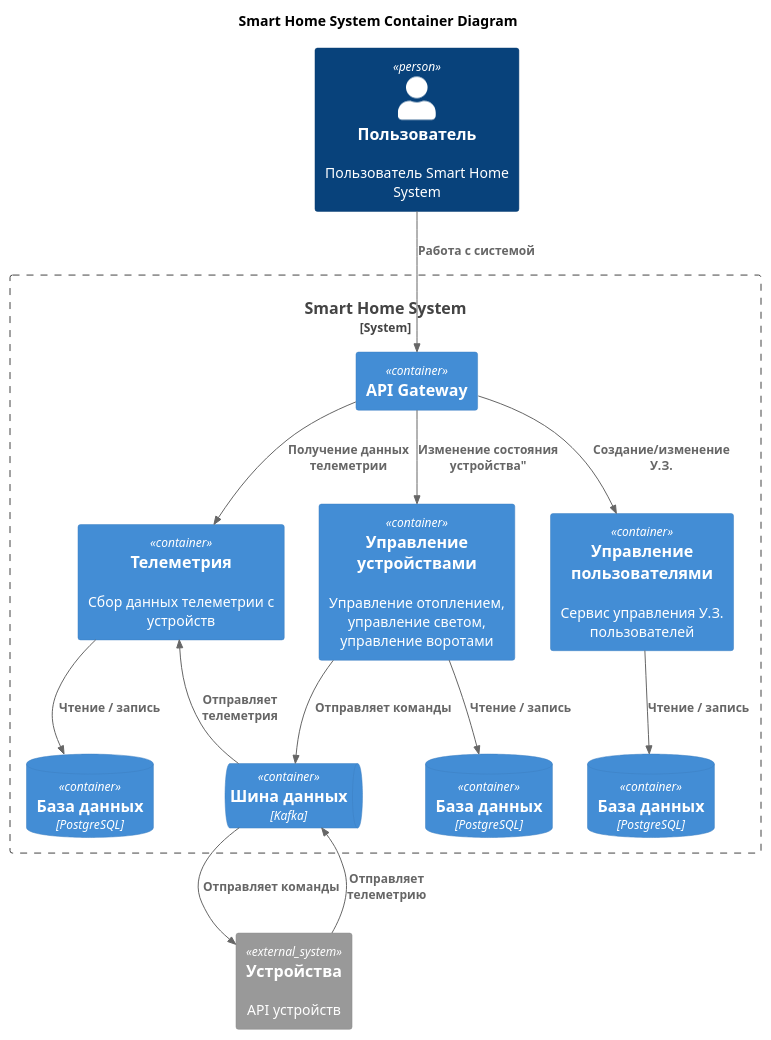
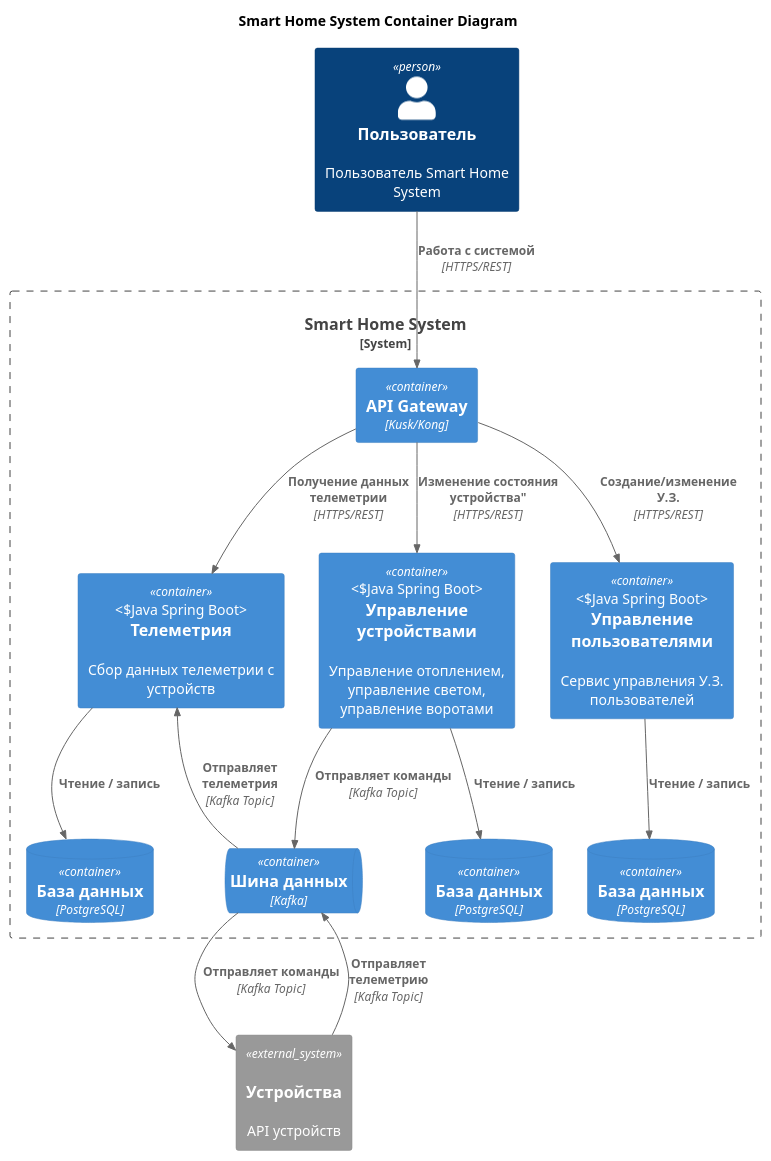
One commit to developer-profile/archi-sprint-3 changed the diagram in warmhouse-diagram-containers.puml. Above: the diagram before and after it, drawn with PlantUML.

Commit message:
Added container tech

```diff
--- a/warmhouse-diagram-containers.puml
+++ b/warmhouse-diagram-containers.puml
@@ -1,42 +1,41 @@
 @startuml
 title Smart Home System Container Diagram
 
 !include <C4/C4_Container>
 
 top to bottom direction
 
 Person(user, "Пользователь", "Пользователь Smart Home System")
 System_Boundary(system, "Smart Home System") {
-    Container(apiGateway, "АPI Gateway")
+    Container(apiGateway, "АPI Gateway", "Kusk/Kong")
 
-    Container(telemetryService, "Телеметрия","", "Сбор данных телеметрии с устройств")
-    Container(deviceService, "Управление устройствами", "", "Управление отоплением, управление светом, управление воротами")
-    Container(userService, "Управление пользователями", "", "Сервис управления У.З. пользователей")
+    Container(telemetryService, "Телеметрия","", "Сбор данных телеметрии с устройств", "Java Spring Boot")
+    Container(deviceService, "Управление устройствами", "", "Управление отоплением, управление светом, управление воротами", "Java Spring Boot")
+    Container(userService, "Управление пользователями", "", "Сервис управления У.З. пользователей", "Java Spring Boot")
 
     ContainerDb(telemetryDb, "База данных", "PostgreSQL")
     ContainerDb(deviceDb, "База данных", "PostgreSQL")
     ContainerDb(userDb, "База данных", "PostgreSQL")
     ContainerQueue(kafka, "Шина данных", "Kafka")
 
-    Rel(apiGateway, telemetryService, "Получение данных телеметрии")
-    Rel(apiGateway, deviceService, Изменение состояния устройства")
-    Rel(apiGateway, userService, Создание/изменение У.З.)
+    Rel(apiGateway, telemetryService, "Получение данных телеметрии", "HTTPS/REST")
+    Rel(apiGateway, deviceService, Изменение состояния устройства", "HTTPS/REST")
+    Rel(apiGateway, userService, "Создание/изменение У.З.", "HTTPS/REST")
 
-    Rel(deviceService, kafka, "Отправляет команды")
-    Rel_L(kafka, telemetryService, "Отправляет телеметрия")
+    Rel(deviceService, kafka, "Отправляет команды", "Kafka Topic")
+    Rel_L(kafka, telemetryService, "Отправляет телеметрия", "Kafka Topic")
 
     Rel(deviceService, deviceDb, "Чтение / запись")
     Rel(telemetryService, telemetryDb, "Чтение / запись")
     Rel(userService, userDb, "Чтение / запись")
 
 }
 
 
-System_Ext(device, "Устройства", "API устройств")
+System_Ext(device, "Устройства", "API устройств", "HTTPS/REST")
 
-Rel(kafka, device, "Отправляет команды")
-Rel(device, kafka, "Отправляет телеметрию")
-
-Rel(user, apiGateway, "Работа с системой")
+Rel(kafka, device, "Отправляет команды", "Kafka Topic")
+Rel(device, kafka, "Отправляет телеметрию", "Kafka Topic")
+Rel(user, apiGateway, "Работа с системой", "HTTPS/REST")
 
 @enduml
```
